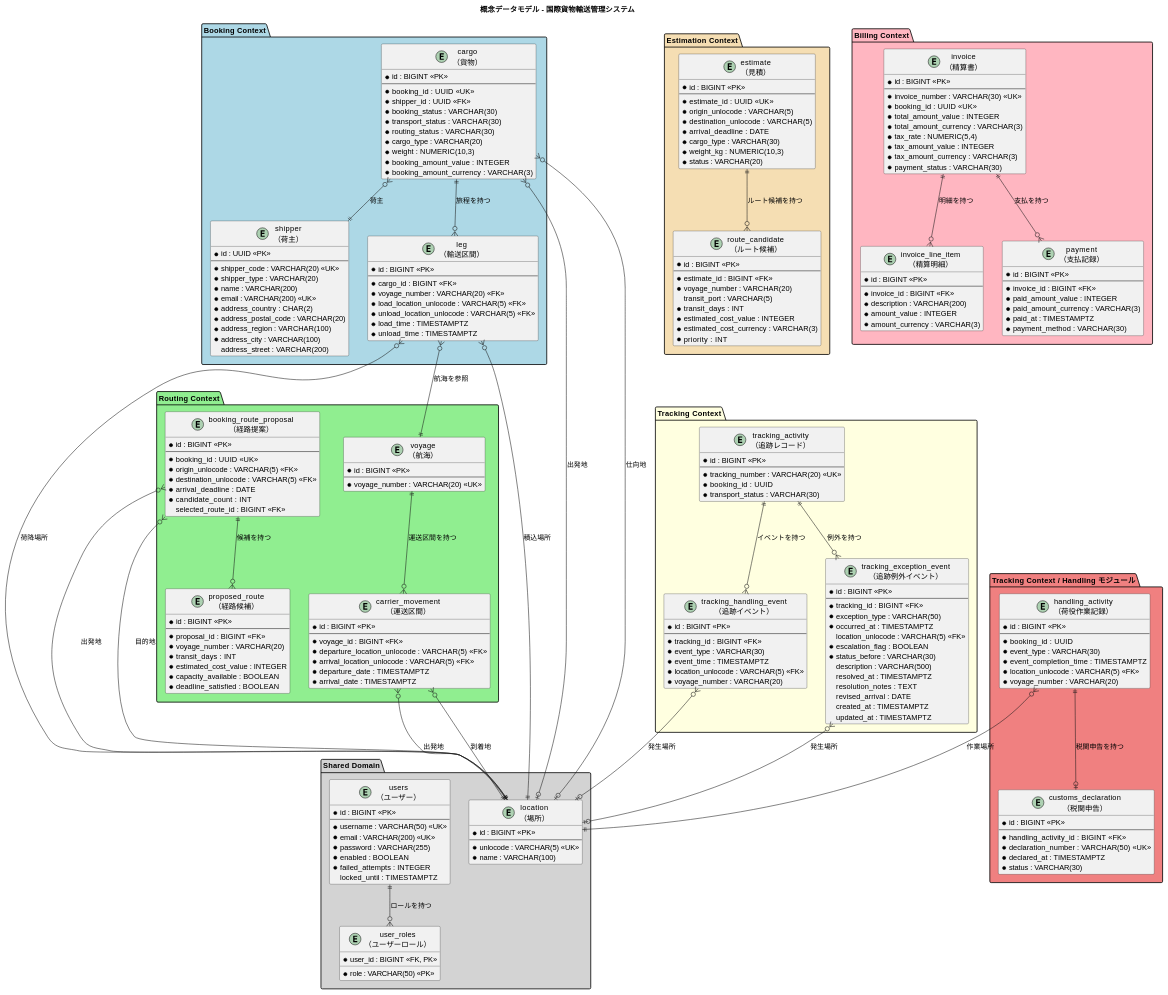
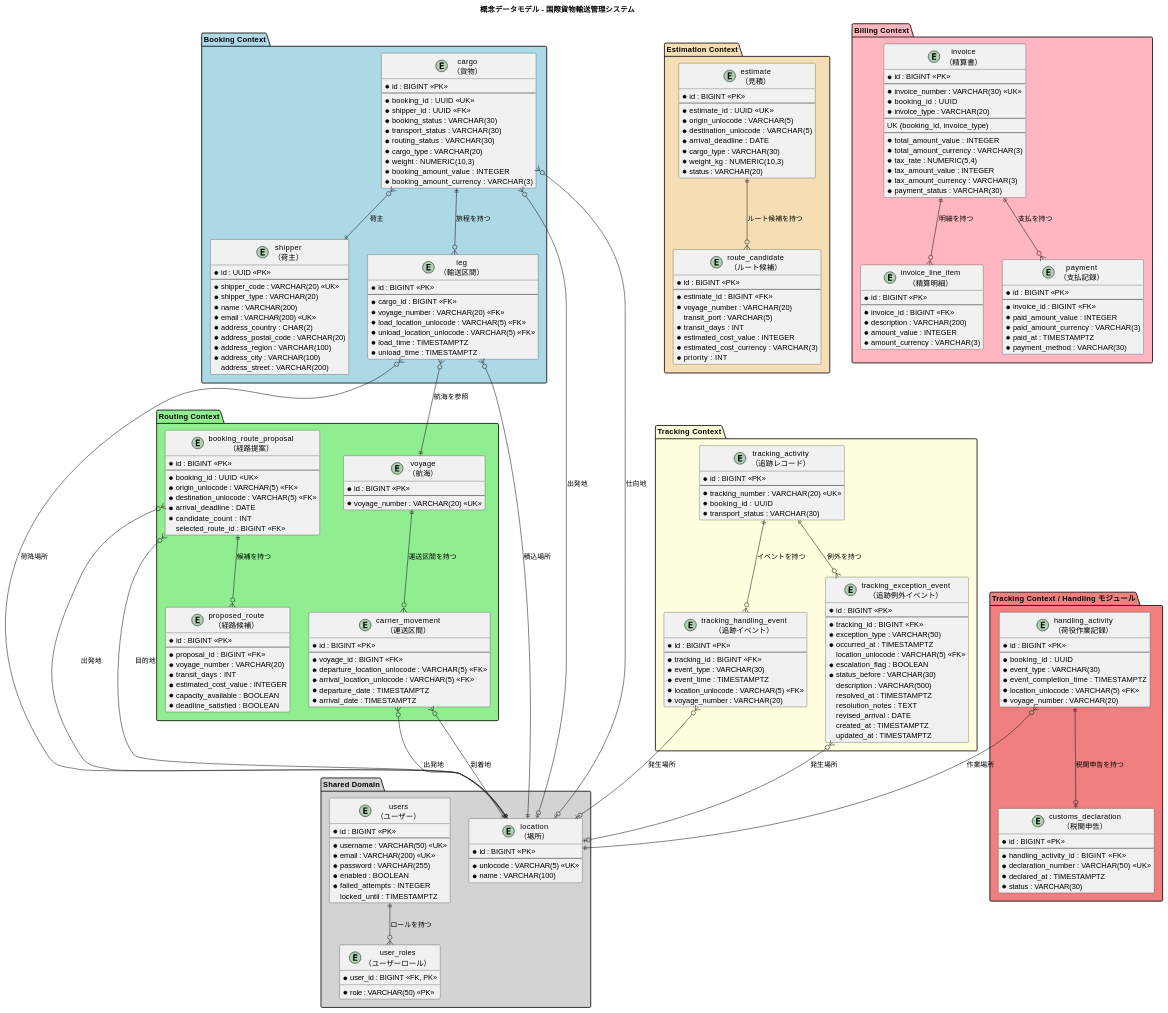
Before and after one commit to k2works/case-study-cargo-tracker: the first of 9 diagrams in docs/design/data-model.md, drawn with PlantUML. The commit also changed other lines of this file and 18 other files, not shown here.

```diff
--- a/docs/design/data-model.md
+++ b/docs/design/data-model.md
@@ -240,7 +240,11 @@
     * id : BIGINT <<PK>>
     --
     * invoice_number : VARCHAR(30) <<UK>>
-    * booking_id : UUID <<UK>>
+    * booking_id : UUID
+    * invoice_type : VARCHAR(20)
+    --
+    UK (booking_id, invoice_type)
+    --
     * total_amount_value : INTEGER
     * total_amount_currency : VARCHAR(3)
     * tax_rate : NUMERIC(5,4)
```
